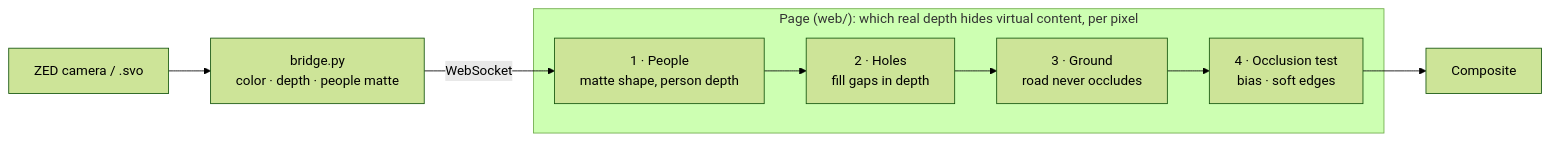
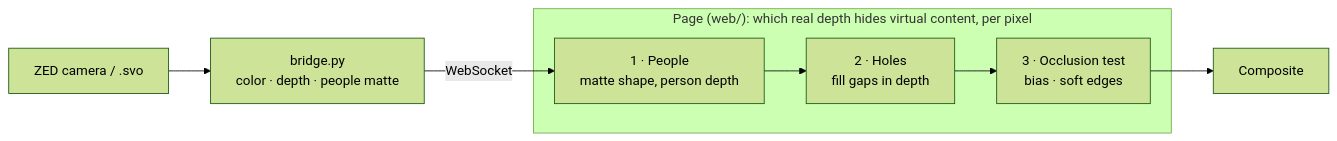
Before and after one commit to TheoGil/zed-threejs-prototype: the diagram in README.md, drawn with Mermaid (forest theme). The commit also changed other lines of this file and 7 other files, not shown here.

````diff
--- a/README.md
+++ b/README.md
@@ -9,11 +9,10 @@
 ```mermaid
 flowchart LR
   zed["ZED camera / .svo"] --> bridge["bridge.py<br/>color · depth · people matte"]
   bridge -- "WebSocket" --> people
   subgraph page["Page (web/): which real depth hides virtual content, per pixel"]
     people["1 · People<br/>matte shape, person depth"] --> holes["2 · Holes<br/>fill gaps in depth"]
-    holes --> ground["3 · Ground<br/>road never occludes"]
-    ground --> test["4 · Occlusion test<br/>bias · soft edges"]
+    holes --> test["3 · Occlusion test<br/>bias · soft edges"]
   end
   test --> out["Composite"]
 ```
````
